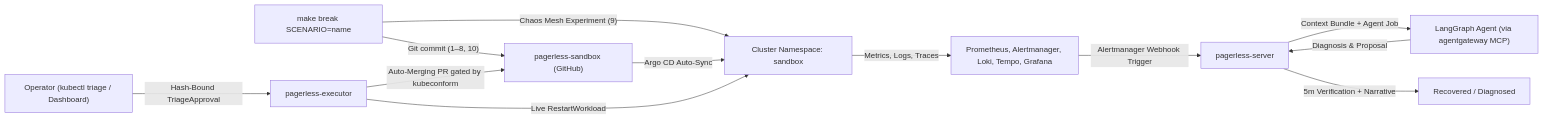
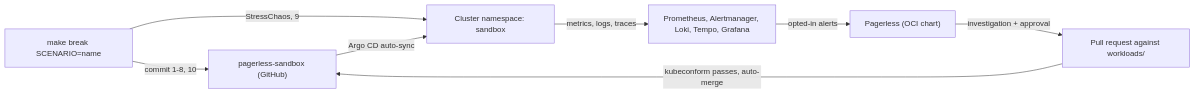
One commit to a-hagi613/pagerless-sandbox changed the diagram in README.md. Above: the diagram before and after it, drawn with Mermaid. The commit also changed other lines of this file and 113 other files, not shown here.

````diff
--- a/README.md
+++ b/README.md
@@ -12,14 +9,10 @@
 ```mermaid
 flowchart LR
-  SCEN["make break SCENARIO=name"] -->|"Git commit (1–8, 10)"| REPO["pagerless-sandbox (GitHub)"]
-  SCEN -->|"Chaos Mesh Experiment (9)"| K8S["Cluster Namespace: sandbox"]
-  REPO -->|"Argo CD Auto-Sync"| K8S
-  K8S -->|"Metrics, Logs, Traces"| OBS["Prometheus, Alertmanager, Loki, Tempo, Grafana"]
-  OBS -->|"Alertmanager Webhook Trigger"| SRV["pagerless-server"]
-  SRV -->|"Context Bundle + Agent Job"| AGT["LangGraph Agent (via agentgateway MCP)"]
-  AGT -->|"Diagnosis & Proposal"| SRV
-  OP["Operator (kubectl triage / Dashboard)"] -->|"Hash-Bound TriageApproval"| EXEC["pagerless-executor"]
-  EXEC -->|"Auto-Merging PR gated by kubeconform"| REPO
-  EXEC -->|"Live RestartWorkload"| K8S
-  SRV -->|"5m Verification + Narrative"| RECOVER["Recovered / Diagnosed"]
+  SCEN["make break SCENARIO=name"] -->|"commit 1-8, 10"| REPO["pagerless-sandbox (GitHub)"]
+  SCEN -->|"StressChaos, 9"| K8S["Cluster namespace: sandbox"]
+  REPO -->|"Argo CD auto-sync"| K8S
+  K8S -->|"metrics, logs, traces"| OBS["Prometheus, Alertmanager, Loki, Tempo, Grafana"]
+  OBS -->|"opted-in alerts"| SRV["Pagerless (OCI chart)"]
+  SRV -->|"investigation + approval"| PR["Pull request against workloads/"]
+  PR -->|"kubeconform passes, auto-merge"| REPO
 ```
````
